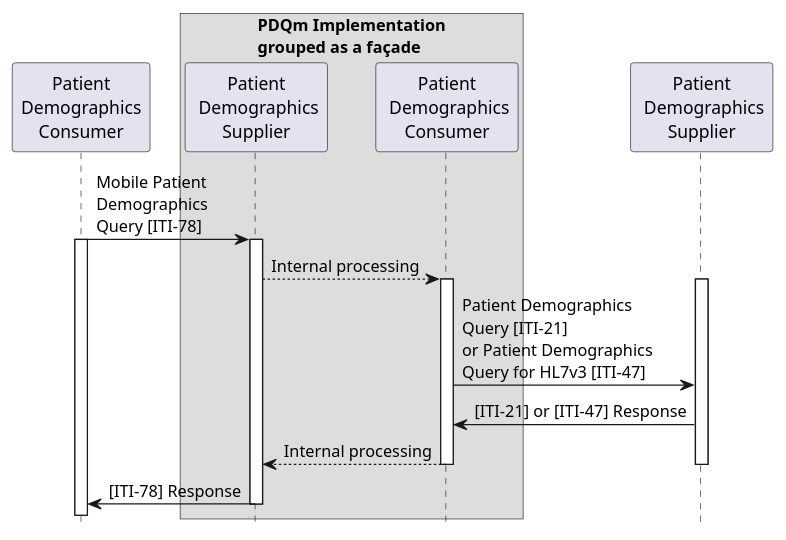
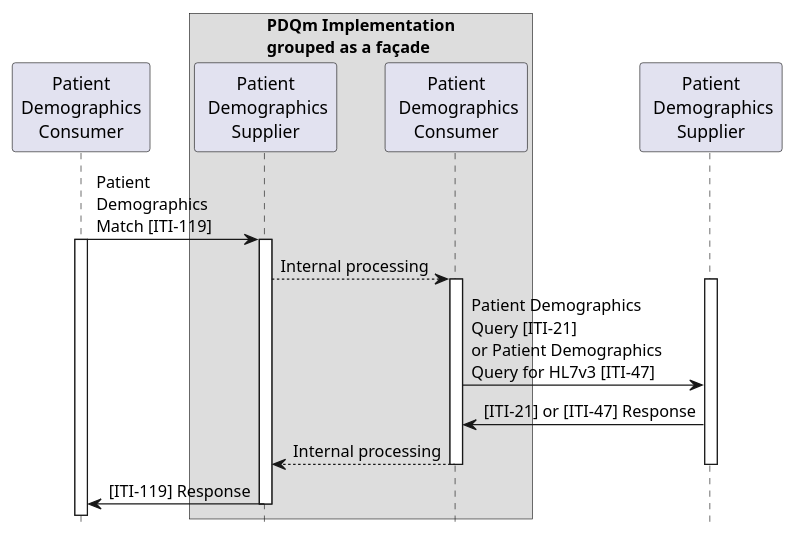
The diagram in input/images-source/Implementing-PDQm-as-a-gateway.plantuml (IHE/ITI.PDQm), drawn with PlantUML before and after one commit.

Commit message:
Update Figure 1:38.6-1

```diff
--- a/input/images-source/Implementing-PDQm-as-a-gateway.plantuml
+++ b/input/images-source/Implementing-PDQm-as-a-gateway.plantuml
@@ -1,26 +1,26 @@
-@startuml
+@startuml Implementing-PDQm-as-a-gateway
 hide footbox
 
 Participant "Patient\nDemographics\nConsumer" as Client1
 box "PDQm Implementation\ngrouped as a façade "
     Participant "Patient\n Demographics\nSupplier" as Server1
     Participant "Patient\n Demographics\nConsumer" as Client2
 endbox
 Participant "Patient\n Demographics\nSupplier" as Server2
 
-Client1 -> Server1: Mobile Patient\nDemographics\nQuery [ITI-78]
+Client1 -> Server1: Patient\nDemographics\nMatch [ITI-119]
 activate Client1
 activate Server1
 Server1 --> Client2: Internal processing
 activate Client2
 activate Server2
 Client2 -> Server2: Patient Demographics\nQuery [ITI-21]\nor Patient Demographics\nQuery for HL7v3 [ITI-47]
 Client2 <- Server2: [ITI-21] or [ITI-47] Response
 Server1 <-- Client2: Internal processing
 deactivate Client2
 deactivate Server2
-Client1 <- Server1: [ITI-78] Response
+Client1 <- Server1: [ITI-119] Response
 deactivate Client2
 deactivate Server1
 
 @enduml
```
